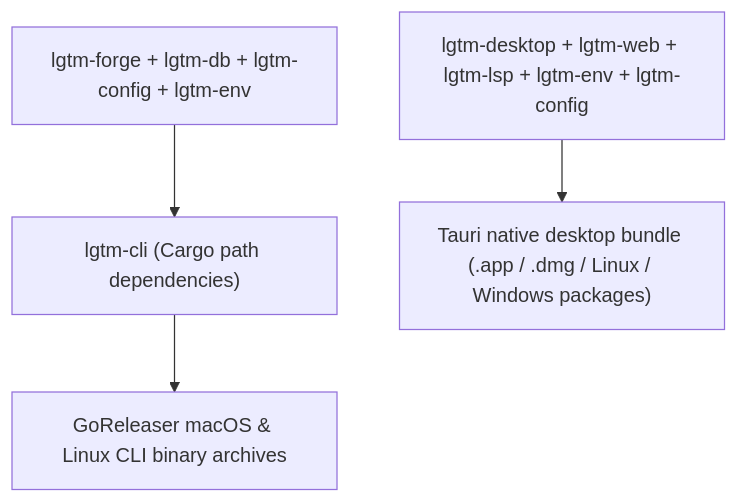
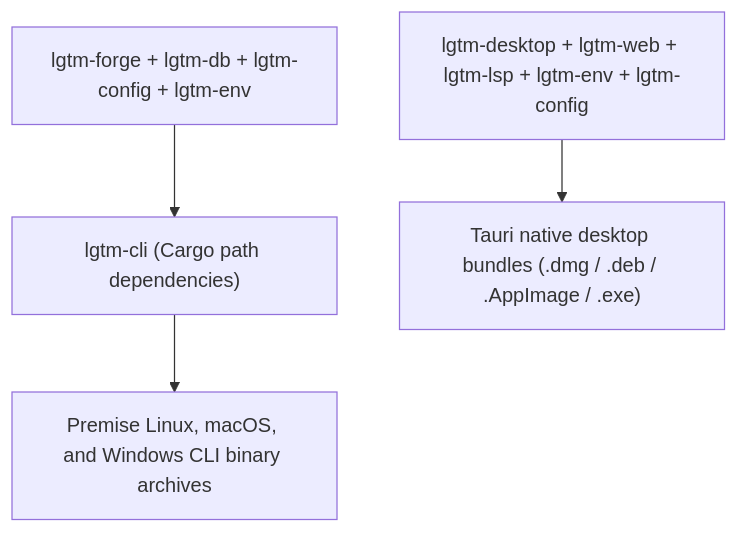
The fifth of 5 diagrams in docs/architecture/index.md (difflab-io/lgtm), drawn with Mermaid before and after one commit. The commit also changed other lines of this file and 16 other files, not shown here.

Commit message:
docs: simplify architecture requirements and rewrite ci guide with diagrams

````diff
--- a/docs/architecture/index.md
+++ b/docs/architecture/index.md
@@ -227,6 +227,6 @@
 ```mermaid
 flowchart TD
     FORGE_SRC["lgtm-forge + lgtm-db + lgtm-config + lgtm-env"] --> CLI_BIN["lgtm-cli (Cargo path dependencies)"]
-    CLI_BIN --> ARCHIVE["GoReleaser macOS & Linux CLI binary archives"]
-    DESK_SRC["lgtm-desktop + lgtm-web + lgtm-lsp + lgtm-env + lgtm-config"] --> TAURI_BUNDLE["Tauri native desktop bundle (.app / .dmg / Linux / Windows packages)"]
+    CLI_BIN --> ARCHIVE["Premise Linux, macOS, and Windows CLI binary archives"]
+    DESK_SRC["lgtm-desktop + lgtm-web + lgtm-lsp + lgtm-env + lgtm-config"] --> TAURI_BUNDLE["Tauri native desktop bundles (.dmg / .deb / .AppImage / .exe)"]
 ```
````
